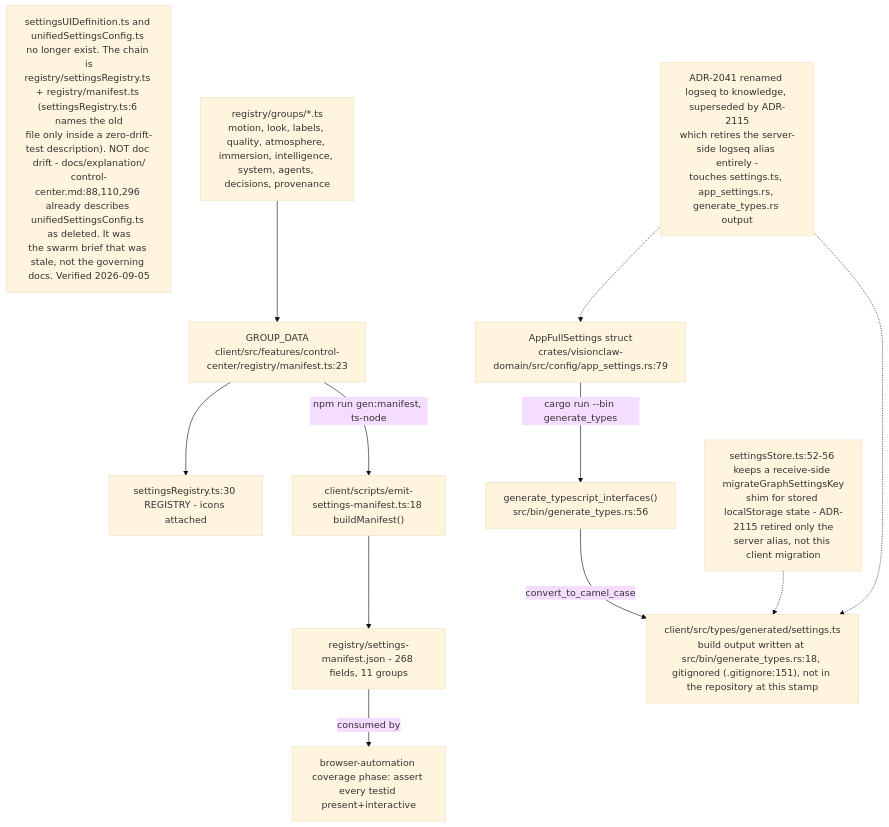
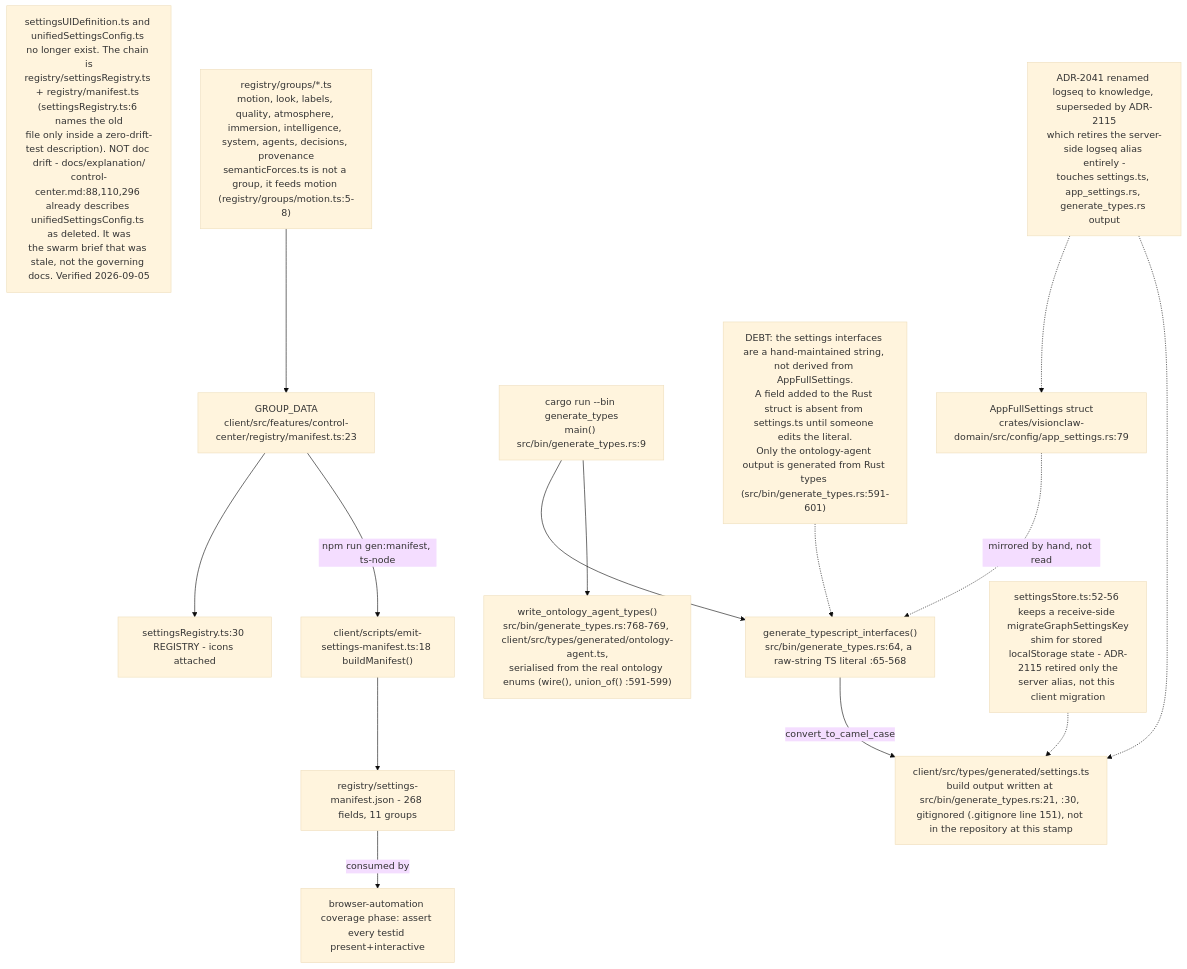
Before and after one commit to DreamLab-AI/VisionFlow: the second of 20 diagrams in docs/diagrams/visionclaw/34-client-features.md, drawn with Mermaid (base theme). The commit also changed other lines of this file and 173 other files, not shown here.

````diff
--- a/docs/diagrams/visionclaw/34-client-features.md
+++ b/docs/diagrams/visionclaw/34-client-features.md
@@ -159,14 +170,17 @@
 ```mermaid
 flowchart TD
-    RustStruct["AppFullSettings struct<br/>crates/visionclaw-domain/src/config/app_settings.rs:79"] -->|cargo run --bin generate_types| Gen["generate_typescript_interfaces()<br/>src/bin/generate_types.rs:56"]
-    Gen -->|convert_to_camel_case| Out["client/src/types/generated/settings.ts<br/>build output written at src/bin/generate_types.rs:18, gitignored (.gitignore:151), not in the repository at this stamp"]
+    RustStruct["AppFullSettings struct<br/>crates/visionclaw-domain/src/config/app_settings.rs:79"] -.->|mirrored by hand, not read| Gen["generate_typescript_interfaces()<br/>src/bin/generate_types.rs:64, a raw-string TS literal :65-568"]
+    Bin["cargo run --bin generate_types<br/>main() src/bin/generate_types.rs:9"] --> Gen
+    Bin --> OntGen["write_ontology_agent_types()<br/>src/bin/generate_types.rs:768-769, client/src/types/generated/ontology-agent.ts,<br/>serialised from the real ontology enums (wire(), union_of() :591-599)"]
+    Debt1["DEBT: the settings interfaces are a hand-maintained string, not derived from AppFullSettings.<br/>A field added to the Rust struct is absent from settings.ts until someone edits the literal.<br/>Only the ontology-agent output is generated from Rust types (src/bin/generate_types.rs:591-601)"] -.-> Gen
+    Gen -->|convert_to_camel_case| Out["client/src/types/generated/settings.ts<br/>build output written at src/bin/generate_types.rs:21, :30, gitignored (.gitignore line 151), not in the repository at this stamp"]
     Note1["settingsUIDefinition.ts and unifiedSettingsConfig.ts no longer exist. The chain is<br/>registry/settingsRegistry.ts + registry/manifest.ts (settingsRegistry.ts:6 names the old<br/>file only inside a zero-drift-test description). NOT doc drift - docs/explanation/<br/>control-center.md:88,110,296 already describes unifiedSettingsConfig.ts as deleted. It was<br/>the swarm brief that was stale, not the governing docs. Verified 2026-09-05"]
-    Groups["registry/groups/*.ts<br/>motion, look, labels, quality, atmosphere, immersion, intelligence, system, agents, decisions, provenance"] --> ManifestTs["GROUP_DATA<br/>client/src/features/control-center/registry/manifest.ts:23"]
+    Groups["registry/groups/*.ts<br/>motion, look, labels, quality, atmosphere, immersion, intelligence, system, agents, decisions, provenance<br/>semanticForces.ts is not a group, it feeds motion (registry/groups/motion.ts:5-8)"] --> ManifestTs["GROUP_DATA<br/>client/src/features/control-center/registry/manifest.ts:23"]
     ManifestTs --> Registry["settingsRegistry.ts:30 REGISTRY - icons attached"]
     ManifestTs -->|npm run gen:manifest, ts-node| Emit["client/scripts/emit-settings-manifest.ts:18 buildManifest()"]
     Emit --> ManifestJson["registry/settings-manifest.json - 268 fields, 11 groups"]
     ManifestJson -->|consumed by| QA["browser-automation coverage phase: assert every testid present+interactive"]
     ADR["ADR-2041 renamed logseq to knowledge, superseded by ADR-2115<br/>which retires the server-side logseq alias entirely -<br/>touches settings.ts, app_settings.rs, generate_types.rs output"] -.-> RustStruct
     ADR -.-> Out
     Note2["settingsStore.ts:52-56 keeps a receive-side migrateGraphSettingsKey<br/>shim for stored localStorage state - ADR-2115 retired only the<br/>server alias, not this client migration"] -.-> Out
 ```
````
